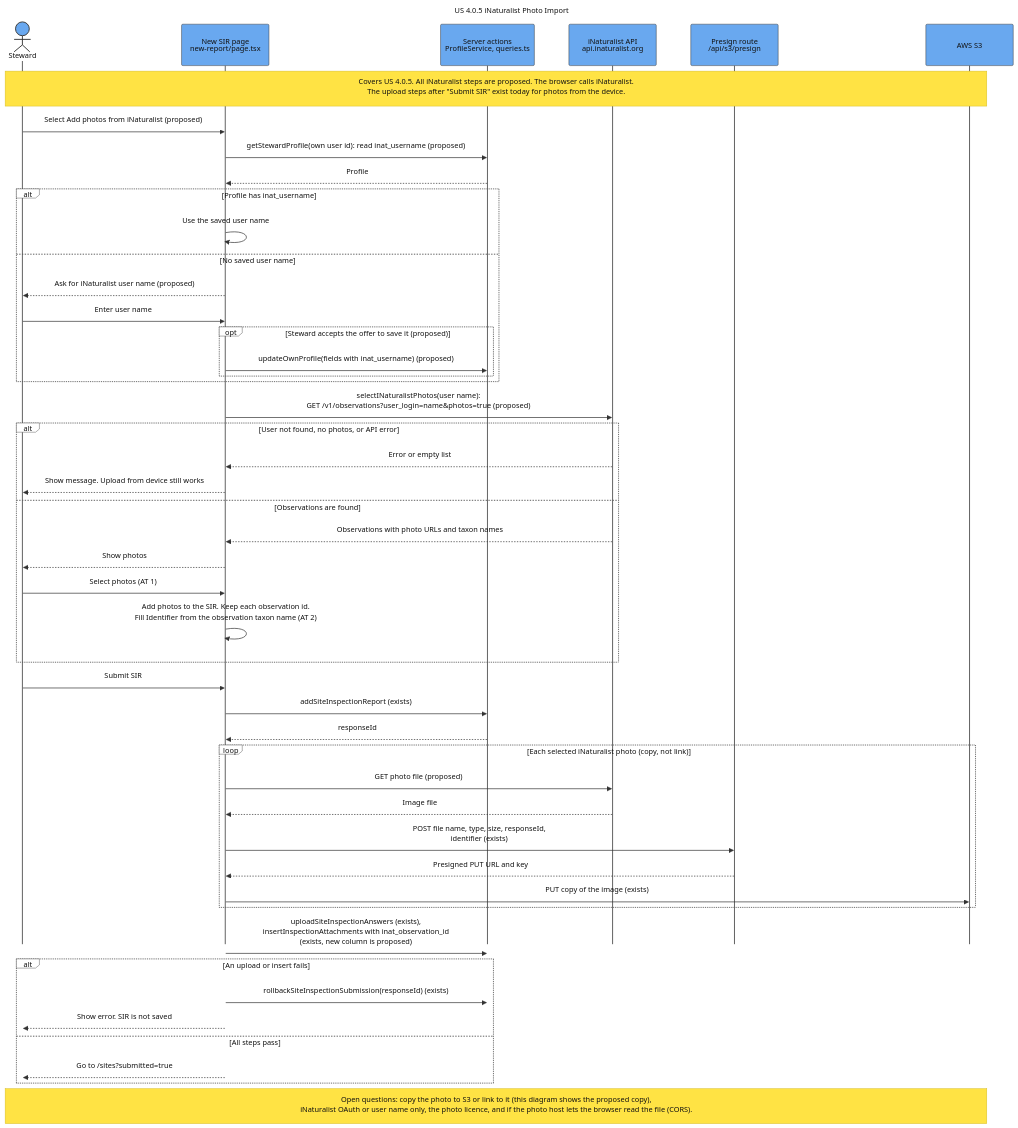
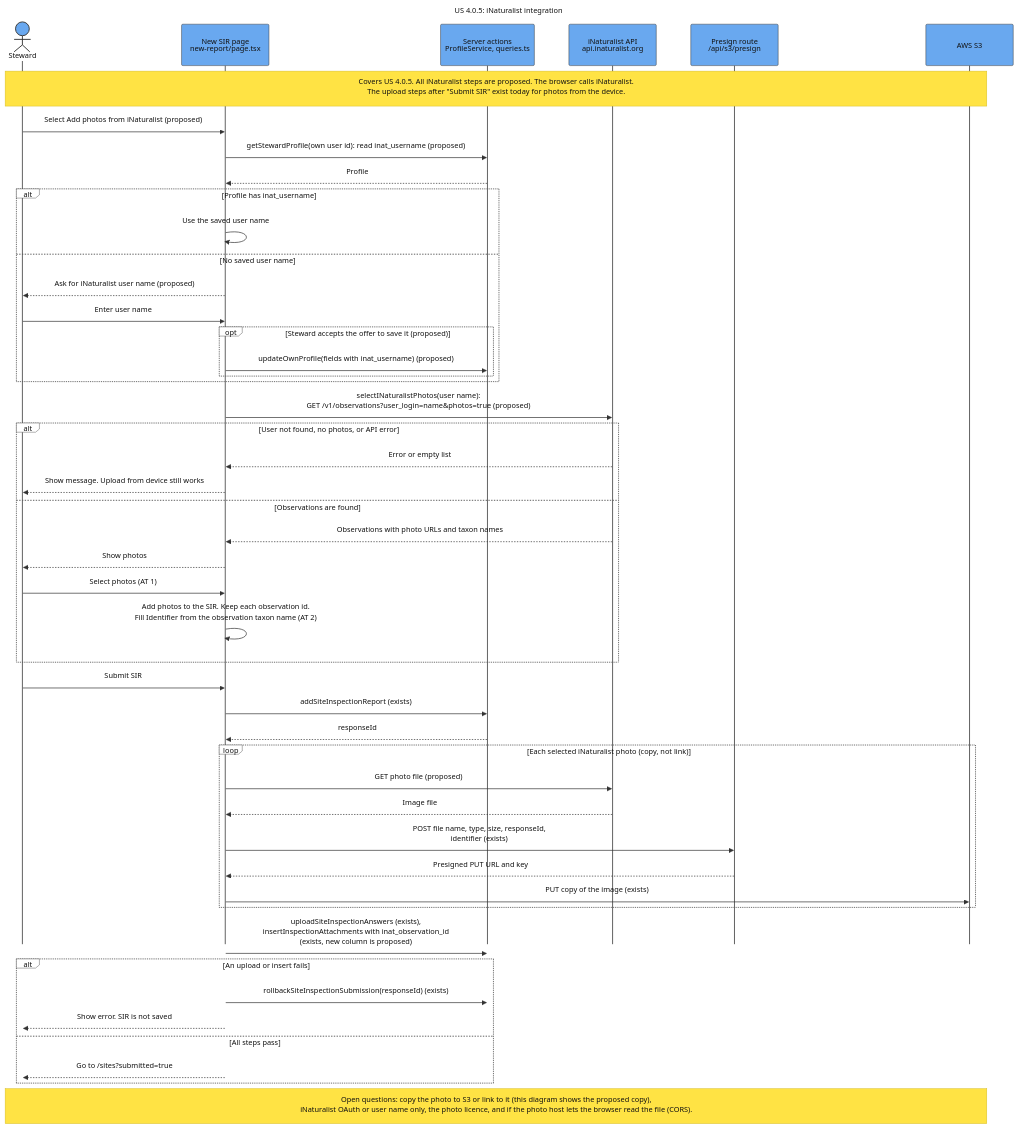
Before and after one commit to SAPAA-Dev/W26Project-SAPAA-Dev-Team: the diagram in docs/assets/Sequence_US_4_0_5_iNaturalist_Photo_Import.mmd, drawn with Mermaid. The commit also changed 91 other files, not shown here.

```diff
--- a/docs/assets/Sequence_US_4_0_5_iNaturalist_Photo_Import.mmd
+++ b/docs/assets/Sequence_US_4_0_5_iNaturalist_Photo_Import.mmd
@@ -1,94 +1,94 @@
 ---
-title: "US 4.0.5 iNaturalist Photo Import"
+title: "US 4.0.5: iNaturalist integration"
 config:
   theme: base
   sequence:
     actorMargin: 75
     boxMargin: 12
     diagramMarginX: 45
     diagramMarginY: 30
     messageMargin: 40
     noteMargin: 16
     mirrorActors: false
     width: 190
     height: 90
   themeVariables:
     background: "#ffffff"
     primaryColor: "#69a8ef"
     primaryBorderColor: "#333333"
     primaryTextColor: "#111111"
     actorBkg: "#69a8ef"
     actorBorder: "#333333"
     actorTextColor: "#111111"
     actorLineColor: "#555555"
     signalColor: "#333333"
     signalTextColor: "#111111"
     activationBkgColor: "#cdd3db"
     activationBorderColor: "#cdd3db"
     noteBkgColor: "#ffe344"
     noteBorderColor: "#d4ba24"
     noteTextColor: "#111111"
     labelBoxBkgColor: "#ffffff"
     labelBoxBorderColor: "#555555"
     labelTextColor: "#111111"
     loopTextColor: "#111111"
     altBackground: "#ffffff"
   themeCSS: |
     .actor-line {
       stroke-dasharray: 10 10 !important;
       stroke-width: 1.25px !important;
     }
 ---
 sequenceDiagram
     autonumber off
     actor Steward
     participant Form as New SIR page<br/>new-report/page.tsx
     participant Actions as Server actions<br/>ProfileService, queries.ts
     participant INat as iNaturalist API<br/>api.inaturalist.org
     participant Presign as Presign route<br/>/api/s3/presign
     participant S3 as AWS S3
 
     Note over Steward,S3: Covers US 4.0.5. All iNaturalist steps are proposed. The browser calls iNaturalist.<br/>The upload steps after "Submit SIR" exist today for photos from the device.
 
     Steward->>Form: Select Add photos from iNaturalist (proposed)
     Form->>Actions: getStewardProfile(own user id): read inat_username (proposed)
     Actions-->>Form: Profile
     alt Profile has inat_username
         Form->>Form: Use the saved user name
     else No saved user name
         Form-->>Steward: Ask for iNaturalist user name (proposed)
         Steward->>Form: Enter user name
         opt Steward accepts the offer to save it (proposed)
             Form->>Actions: updateOwnProfile(fields with inat_username) (proposed)
         end
     end
     Form->>INat: selectINaturalistPhotos(user name):<br/>GET /v1/observations?user_login=name&photos=true (proposed)
     alt User not found, no photos, or API error
         INat-->>Form: Error or empty list
         Form-->>Steward: Show message. Upload from device still works
     else Observations are found
         INat-->>Form: Observations with photo URLs and taxon names
         Form-->>Steward: Show photos
         Steward->>Form: Select photos (AT 1)
         Form->>Form: Add photos to the SIR. Keep each observation id.<br/>Fill Identifier from the observation taxon name (AT 2)
     end
 
     Steward->>Form: Submit SIR
     Form->>Actions: addSiteInspectionReport (exists)
     Actions-->>Form: responseId
     loop Each selected iNaturalist photo (copy, not link)
         Form->>INat: GET photo file (proposed)
         INat-->>Form: Image file
         Form->>Presign: POST file name, type, size, responseId,<br/>identifier (exists)
         Presign-->>Form: Presigned PUT URL and key
         Form->>S3: PUT copy of the image (exists)
     end
     Form->>Actions: uploadSiteInspectionAnswers (exists),<br/>insertInspectionAttachments with inat_observation_id<br/>(exists, new column is proposed)
     alt An upload or insert fails
         Form->>Actions: rollbackSiteInspectionSubmission(responseId) (exists)
         Form-->>Steward: Show error. SIR is not saved
     else All steps pass
         Form-->>Steward: Go to /sites?submitted=true
     end
 
     Note over Steward,S3: Open questions: copy the photo to S3 or link to it (this diagram shows the proposed copy),<br/>iNaturalist OAuth or user name only, the photo licence, and if the photo host lets the browser read the file (CORS).
```
